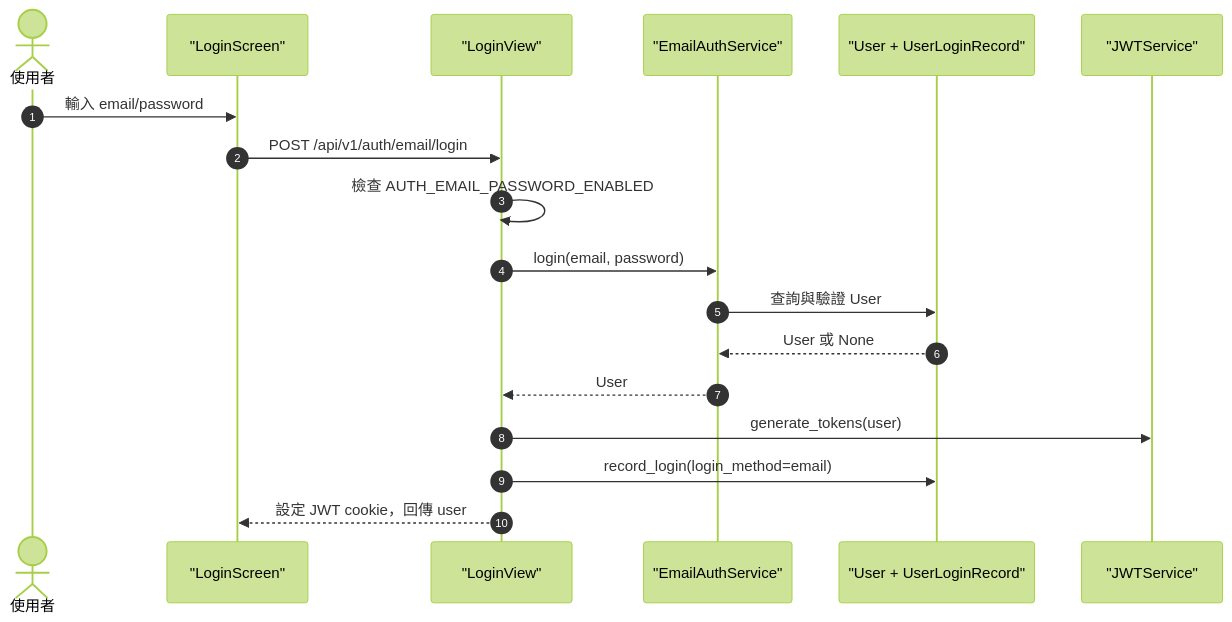
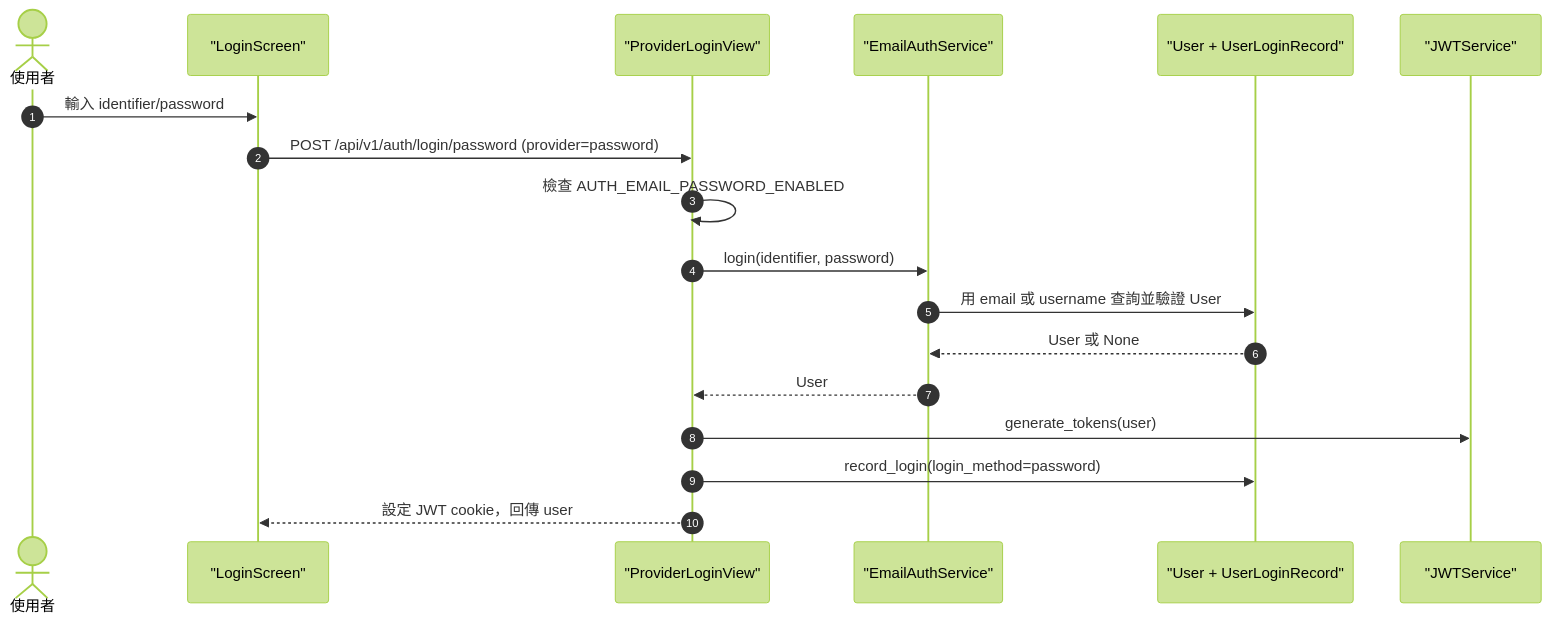
The third of 6 diagrams in frontend/public/docs/zh-TW/identity-auth-extension.md (quan0715/QJudge), drawn with Mermaid (forest theme) before and after one commit. The commit also changed other lines of this file and 176 other files, not shown here.

````diff
--- a/frontend/public/docs/zh-TW/identity-auth-extension.md
+++ b/frontend/public/docs/zh-TW/identity-auth-extension.md
@@ -397,21 +404,21 @@
 ```mermaid
 sequenceDiagram
     autonumber
     actor U as 使用者
     participant FE as "LoginScreen"
-    participant API as "LoginView"
-    participant Email as "EmailAuthService"
+    participant API as "ProviderLoginView"
+    participant Credentials as "EmailAuthService"
     participant DB as "User + UserLoginRecord"
     participant JWT as "JWTService"
 
-    U->>FE: 輸入 email/password
-    FE->>API: POST /api/v1/auth/email/login
+    U->>FE: 輸入 identifier/password
+    FE->>API: POST /api/v1/auth/login/password (provider=password)
     API->>API: 檢查 AUTH_EMAIL_PASSWORD_ENABLED
-    API->>Email: login(email, password)
-    Email->>DB: 查詢與驗證 User
-    DB-->>Email: User 或 None
-    Email-->>API: User
+    API->>Credentials: login(identifier, password)
+    Credentials->>DB: 用 email 或 username 查詢並驗證 User
+    DB-->>Credentials: User 或 None
+    Credentials-->>API: User
     API->>JWT: generate_tokens(user)
-    API->>DB: record_login(login_method=email)
+    API->>DB: record_login(login_method=password)
     API-->>FE: 設定 JWT cookie，回傳 user
 ```
````
